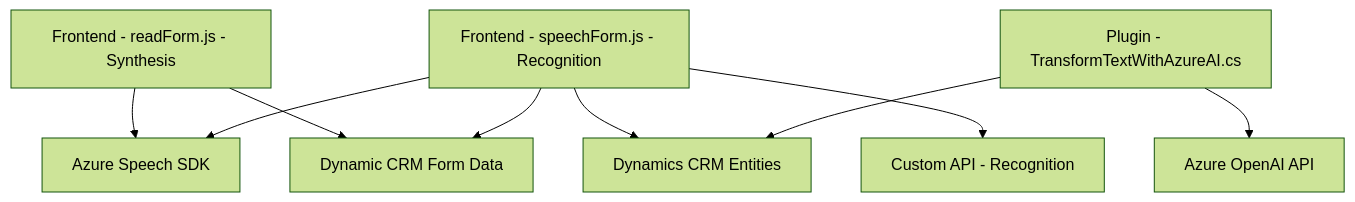
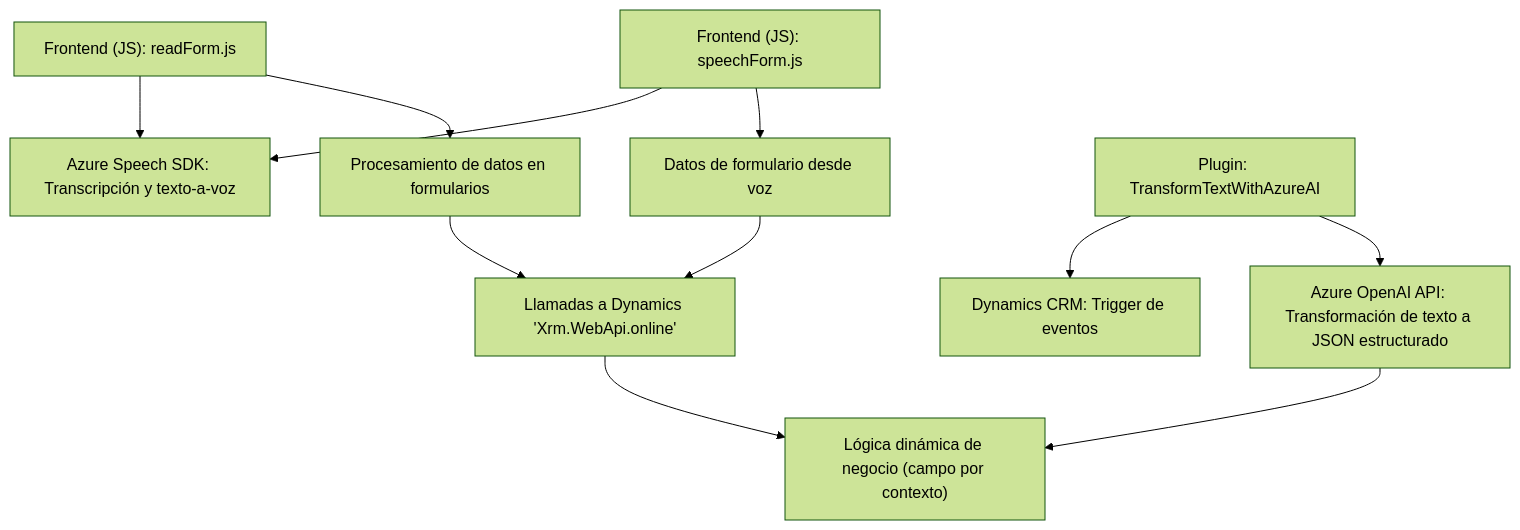
One commit to blopezdm/NETCORE_BILBAO2025 changed the diagram in README.md. Above: the diagram before and after it, drawn with Mermaid (forest theme). The commit also changed other lines of this file, not shown here.

````diff
--- a/README.md
+++ b/README.md
@@ -35,11 +47,17 @@
 ```mermaid
 graph TD
-    A["Frontend - readForm.js - Synthesis"] --> B["Azure Speech SDK"]
-    A --> C["Dynamic CRM Form Data"]
-    D["Frontend - speechForm.js - Recognition"] --> B["Azure Speech SDK"]
-    D --> C["Dynamic CRM Form Data"]
-    D --> E["Dynamics CRM API Xrm.WebApi"]
-    D --> F["Custom API - Recognition"]
-    G["Plugin - TransformTextWithAzureAI.cs"] --> H["Azure OpenAI API"]
-    G --> E["Dynamics CRM Entities"]
+    A["Frontend (JS): readForm.js"] --> B["Azure Speech SDK: Transcripción y texto-a-voz"]
+    A --> C["Procesamiento de datos en formularios"]
+
+    D["Frontend (JS): speechForm.js"] --> B
+    D --> E["Datos de formulario desde voz"]
+
+    F["Plugin: TransformTextWithAzureAI"] --> G["Dynamics CRM: Trigger de eventos"]
+    F --> H["Azure OpenAI API: Transformación de texto a JSON estructurado"]
+
+    C --> J["Llamadas a Dynamics 'Xrm.WebApi.online'"]
+    E --> J
+
+    J --> K["Lógica dinámica de negocio (campo por contexto)"]
+    H --> K
 ```
````
